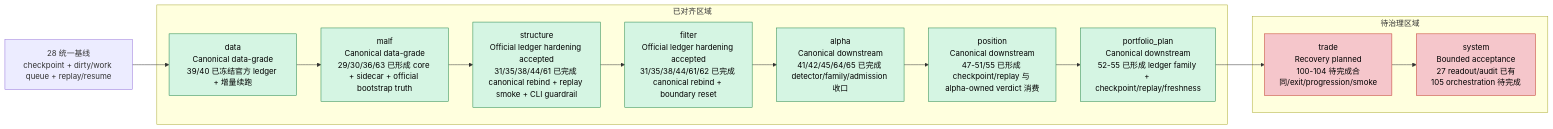
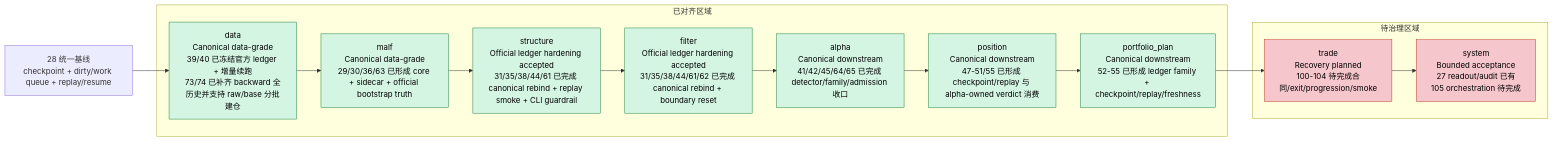
The first of 4 diagrams in docs/02-spec/Ω-system-delivery-roadmap-20260409.md (everything-is-simple/lifespan-0.01), drawn with Mermaid before and after one commit. The commit also changed other lines of this file and 24 other files, not shown here.

Commit message:
data: batch raw/base bootstrap and full-history repair

````diff
--- a/docs/02-spec/Ω-system-delivery-roadmap-20260409.md
+++ b/docs/02-spec/Ω-system-delivery-roadmap-20260409.md
@@ -52,26 +52,26 @@
 ```mermaid
 flowchart LR
     C28["28 统一基线\ncheckpoint + dirty/work queue + replay/resume"] --> DATA
 
     subgraph ALIGNED["已对齐区域"]
-        DATA["data\nCanonical data-grade\n39/40 已冻结官方 ledger + 增量续跑"]
+        DATA["data\nCanonical data-grade\n39/40 已冻结官方 ledger + 增量续跑\n73/74 已补齐 backward 全历史并支持 raw/base 分批建仓"]
         MALF["malf\nCanonical data-grade\n29/30/36/63 已形成 core + sidecar + official bootstrap truth"]
         STR["structure\nOfficial ledger hardening accepted\n31/35/38/44/61 已完成 canonical rebind + replay smoke + CLI guardrail"]
         FLT["filter\nOfficial ledger hardening accepted\n31/35/38/44/61/62 已完成 canonical rebind + boundary reset"]
         ALPHA["alpha\nCanonical downstream\n41/42/45/64/65 已完成 detector/family/admission 收口"]
         POS["position\nCanonical downstream\n47-51/55 已形成 checkpoint/replay 与 alpha-owned verdict 消费"]
         PLAN["portfolio_plan\nCanonical downstream\n52-55 已形成 ledger family + checkpoint/replay/freshness"]
     end
 
     subgraph PENDING["待治理区域"]
         TRADE["trade\nRecovery planned\n100-104 待完成合同/exit/progression/smoke"]
         SYS["system\nBounded acceptance\n27 readout/audit 已有\n105 orchestration 待完成"]
     end
 
     DATA --> MALF --> STR --> FLT --> ALPHA --> POS --> PLAN --> TRADE --> SYS
 
     classDef aligned fill:#d5f5e3,stroke:#1e8449,color:#000;
     classDef pending fill:#f5c6cb,stroke:#c0392b,color:#000;
     class DATA,MALF,STR,FLT,ALPHA,POS,PLAN aligned;
     class TRADE,SYS pending;
 ```
````
